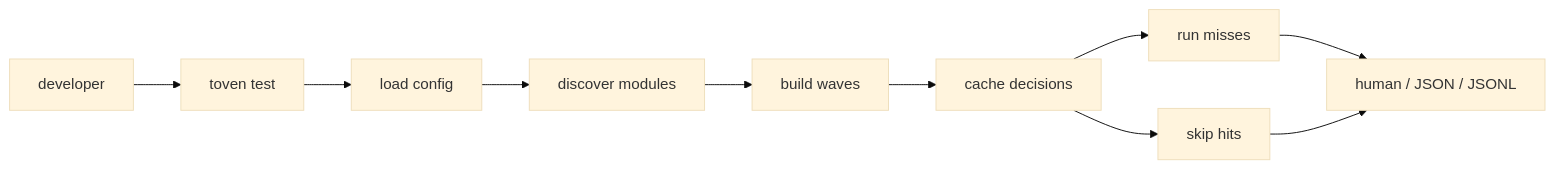
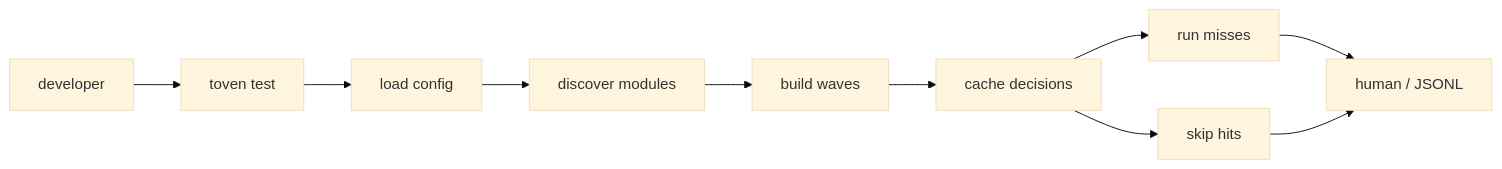
The first of 5 diagrams in docs/scenarios.md (kbukum/toven), drawn with Mermaid (base theme) before and after one commit. The commit also changed other lines of this file and 25 other files, not shown here.

````diff
--- a/docs/scenarios.md
+++ b/docs/scenarios.md
@@ -9,12 +7,12 @@
 ```mermaid
 flowchart LR
     Dev["developer"] --> Cmd["toven test"]
     Cmd --> Load["load config"]
     Load --> Discover["discover modules"]
     Discover --> Plan["build waves"]
     Plan --> Cache["cache decisions"]
     Cache --> Run["run misses"]
     Cache --> Skip["skip hits"]
-    Run --> Report["human / JSON / JSONL"]
+    Run --> Report["human / JSONL"]
     Skip --> Report
 ```
````
